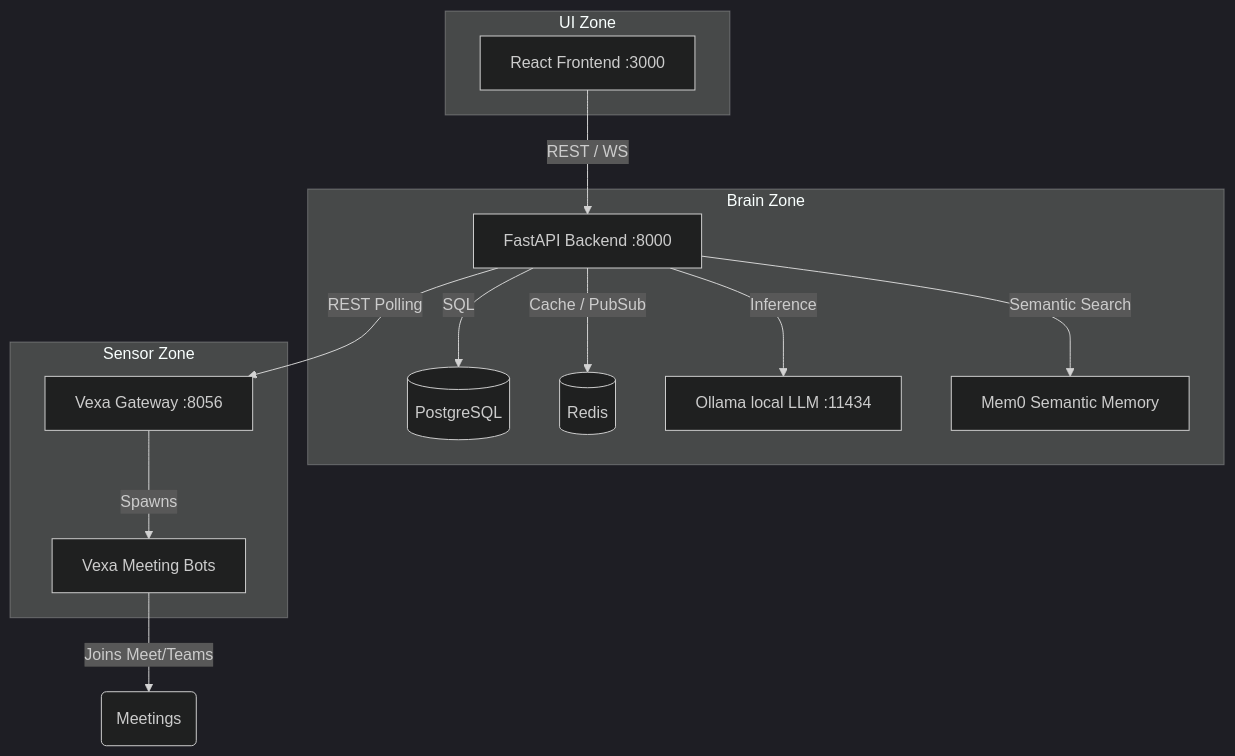
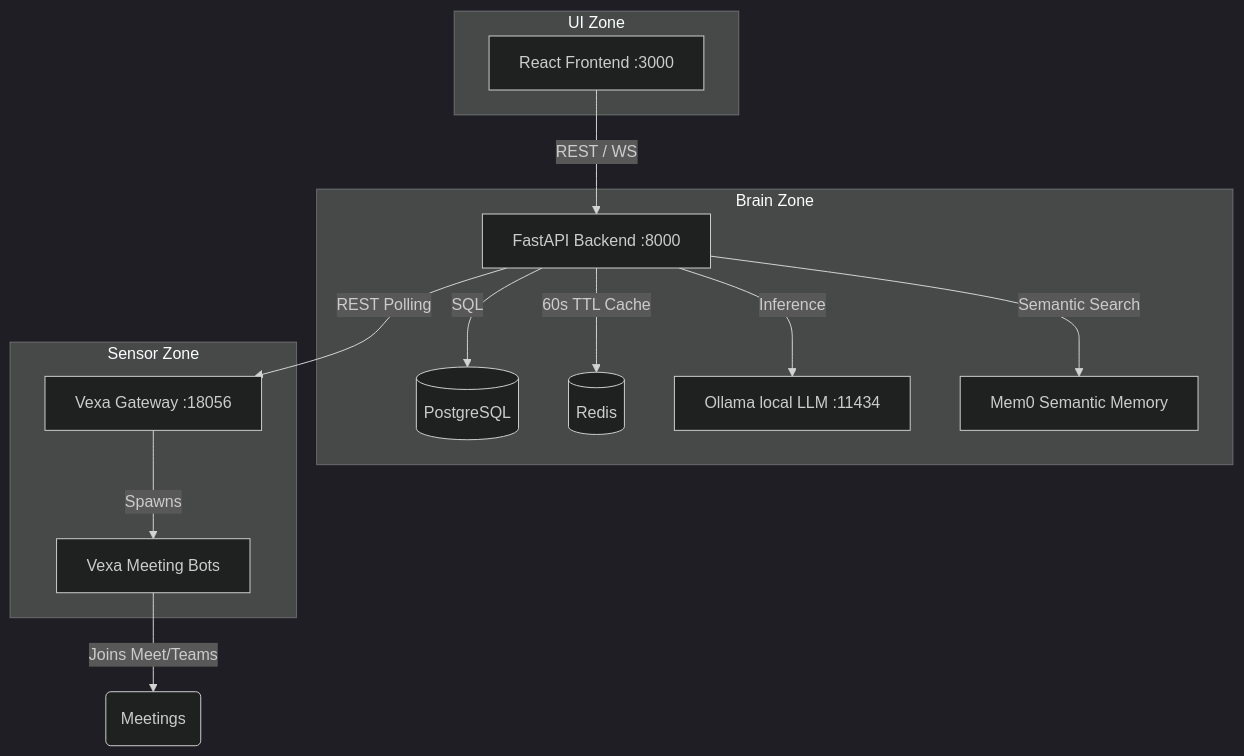
The diagram in README.md (MeetingMind-AI/meetingmind-ai), drawn with Mermaid (dark theme) before and after one commit. The commit also changed other lines of this file and 12 other files, not shown here.

````diff
--- a/README.md
+++ b/README.md
@@ -55,28 +55,28 @@
 ```mermaid
 flowchart TD
     subgraph UI Zone
       F[React Frontend :3000]
     end
 
     subgraph Brain Zone
       B[FastAPI Backend :8000]
       DB[(PostgreSQL)]
       R[(Redis)]
       O[Ollama local LLM :11434]
       M[Mem0 Semantic Memory]
     end
 
     subgraph Sensor Zone
-      V[Vexa Gateway :8056]
+      V[Vexa Gateway :18056]
       VB[Vexa Meeting Bots]
     end
 
     F -->|REST / WS| B
     B -->|REST Polling| V
     B -->|SQL| DB
-    B -->|Cache / PubSub| R
+    B -->|60s TTL Cache| R
     B -->|Inference| O
     B -->|Semantic Search| M
     V -->|Spawns| VB
     VB -->|Joins Meet/Teams| External(Meetings)
 ```
````
